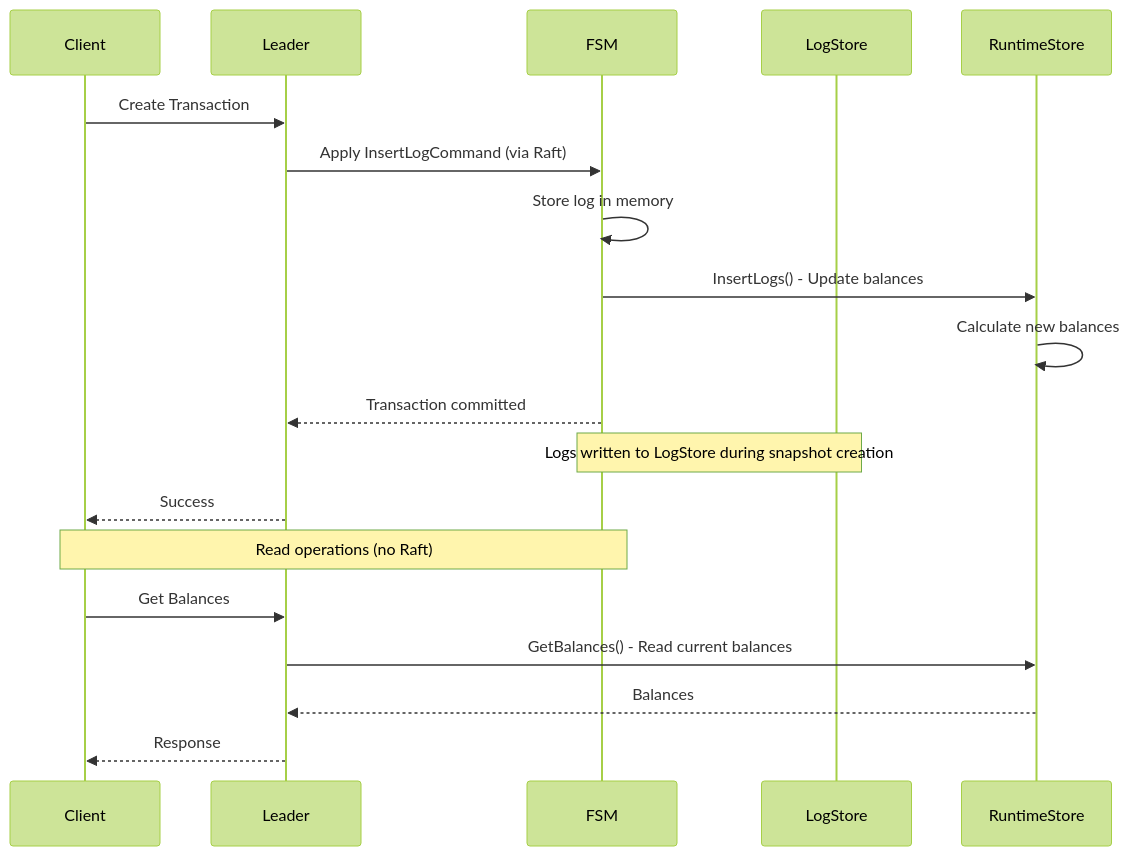
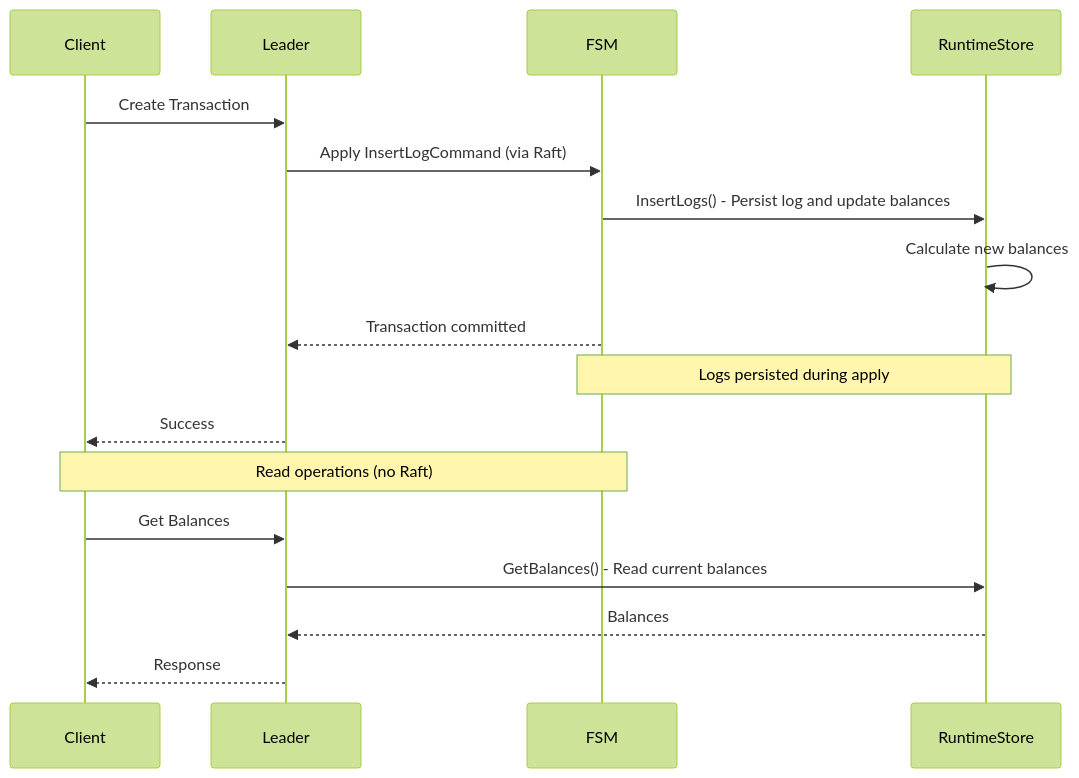
Before and after one commit to formancehq/ledger: the fourth of 4 diagrams in docs/buckets-ledgers.md, drawn with Mermaid (forest theme). The commit also changed other lines of this file and 66 other files, not shown here.

````diff
--- a/docs/buckets-ledgers.md
+++ b/docs/buckets-ledgers.md
@@ -288,23 +253,21 @@
 ```mermaid
 sequenceDiagram
     participant Client
     participant Leader
     participant FSM
-    participant LogStore
     participant RuntimeStore
     
     Client->>Leader: Create Transaction
     Leader->>FSM: Apply InsertLogCommand (via Raft)
-    FSM->>FSM: Store log in memory
-    FSM->>RuntimeStore: InsertLogs() - Update balances
+    FSM->>RuntimeStore: InsertLogs() - Persist log and update balances
     RuntimeStore->>RuntimeStore: Calculate new balances
     FSM-->>Leader: Transaction committed
-    Note over FSM,LogStore: Logs written to LogStore during snapshot creation
+    Note over FSM,RuntimeStore: Logs persisted during apply
     Leader-->>Client: Success
     
     Note over Client,FSM: Read operations (no Raft)
     Client->>Leader: Get Balances
     Leader->>RuntimeStore: GetBalances() - Read current balances
     RuntimeStore-->>Leader: Balances
     Leader-->>Client: Response
 ```
````
